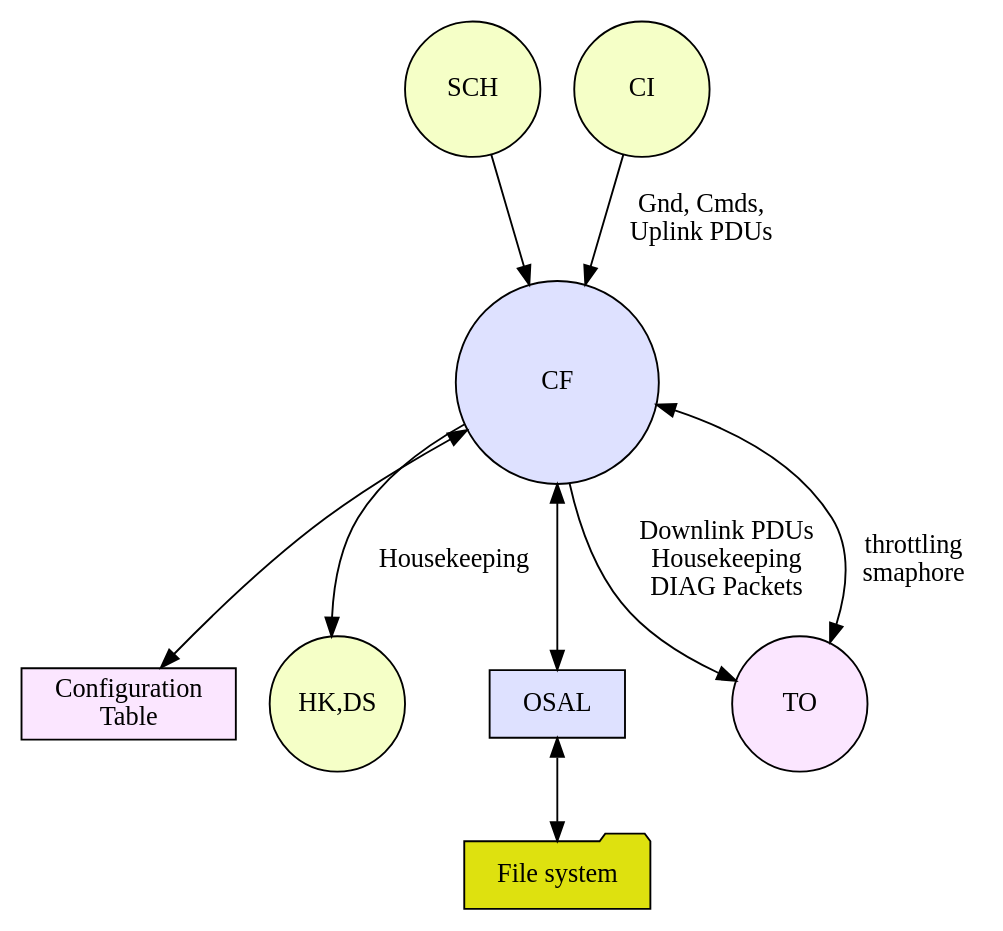
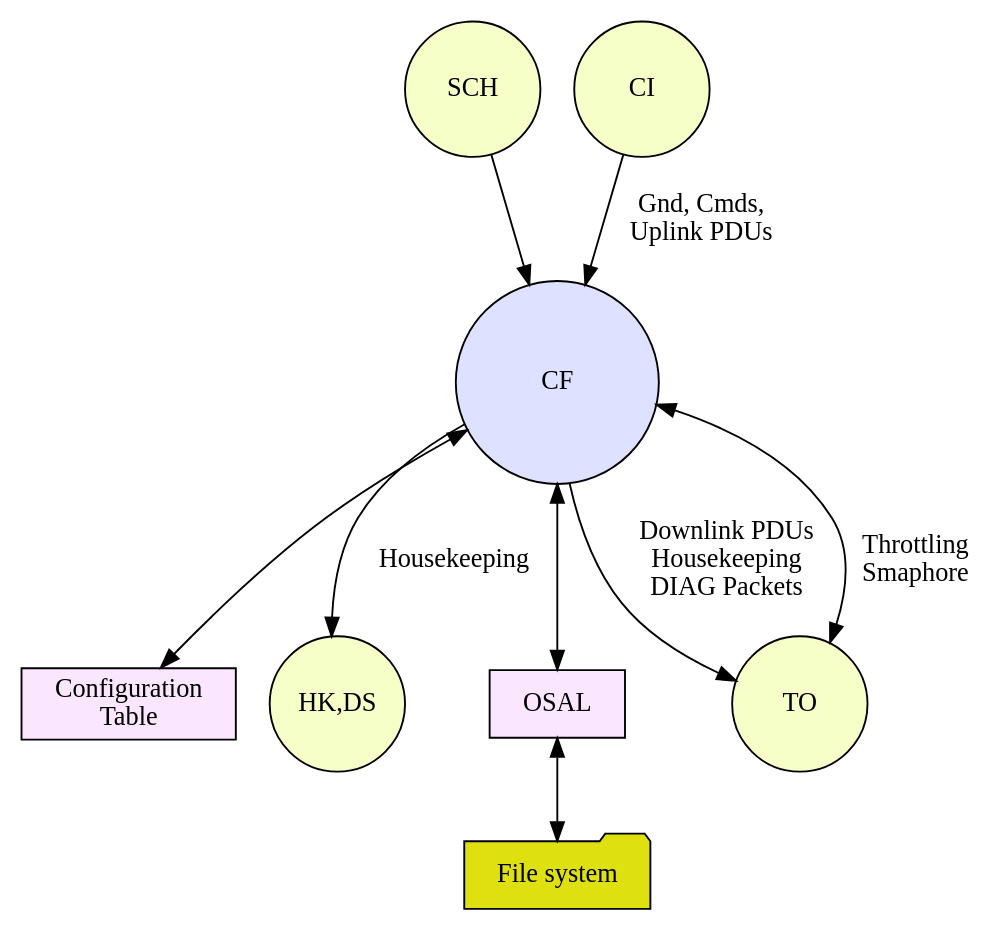
One commit to marselomeri/airliner changed the diagram in apps/cf/docs/design.rst. Above: the diagram before and after it, drawn with Graphviz. The commit also changed 1 other file, not shown here.

Commit message:
Fixed graphviz designs #41

```diff
--- a/apps/cf/docs/design.rst
+++ b/apps/cf/docs/design.rst
@@ -4,24 +4,24 @@
 .. graphviz::
    :caption: CF Context Diagram
    
    digraph CF_Context_Diagram {
          
       CF -> Config [dir="both"];
       SCH -> CF [lable="Wake up Msg"];
       CF -> HK [label="Housekeeping"];
       CI -> CF [label="Gnd, Cmds,\nUplink PDUs"]
       CF -> OSAL [dir="both"];
       OSAL -> FS [dir="both"];
       CF -> TO [label="Downlink PDUs\nHousekeeping\nDIAG Packets"];
-      TO -> CF [dir="both", label="throttling\nsmaphore"];
+      TO -> CF [dir="both", label="Throttling\nSmaphore"];
             
       Config [style=filled, fillcolor="#fbe6ff", shape=rect, label="Configuration\nTable"] 
       CF  [style=filled, fillcolor="#dee1ff", shape=circle, width=1.5 label="CF"]
       SCH [style=filled, fillcolor="#f5ffc7", shape=circle, width=1, label="SCH"]
       HK [style=filled, fillcolor="#f5ffc7", shape=circle, width=1, label="HK,DS"]
       CI [style=filled, fillcolor="#f5ffc7", shape=circle, width=1, label="CI"]
-      TO [style=filled, fillcolor="#fbe6ff", shape=circle, width=1, label="TO"]
-      OSAL [style=filled, fillcolor="#dee1ff", shape=rect, width=1, label="OSAL"]
+      TO [style=filled, fillcolor="#f5ffc7", shape=circle, width=1, label="TO"]
+      OSAL [style=filled, fillcolor="#fbe6ff", shape=rect, width=1, label="OSAL"]
       FS [style=filled, fillcolor="#dee1f", shape=folder, width=1, label="File system"]
       
     }   
```
